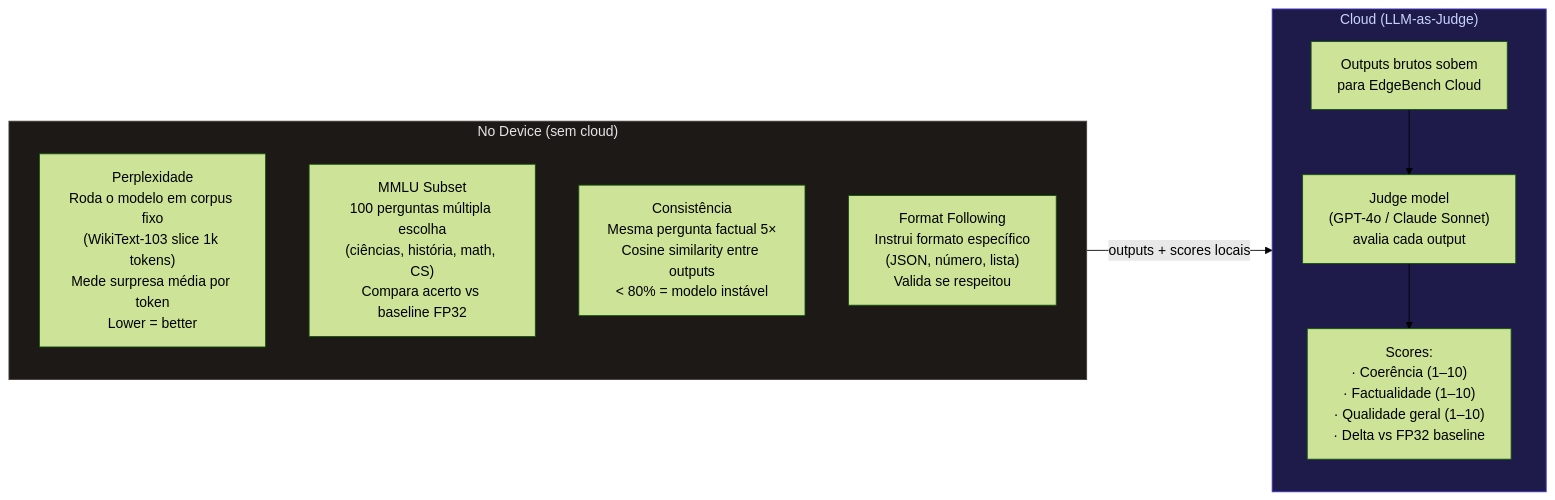
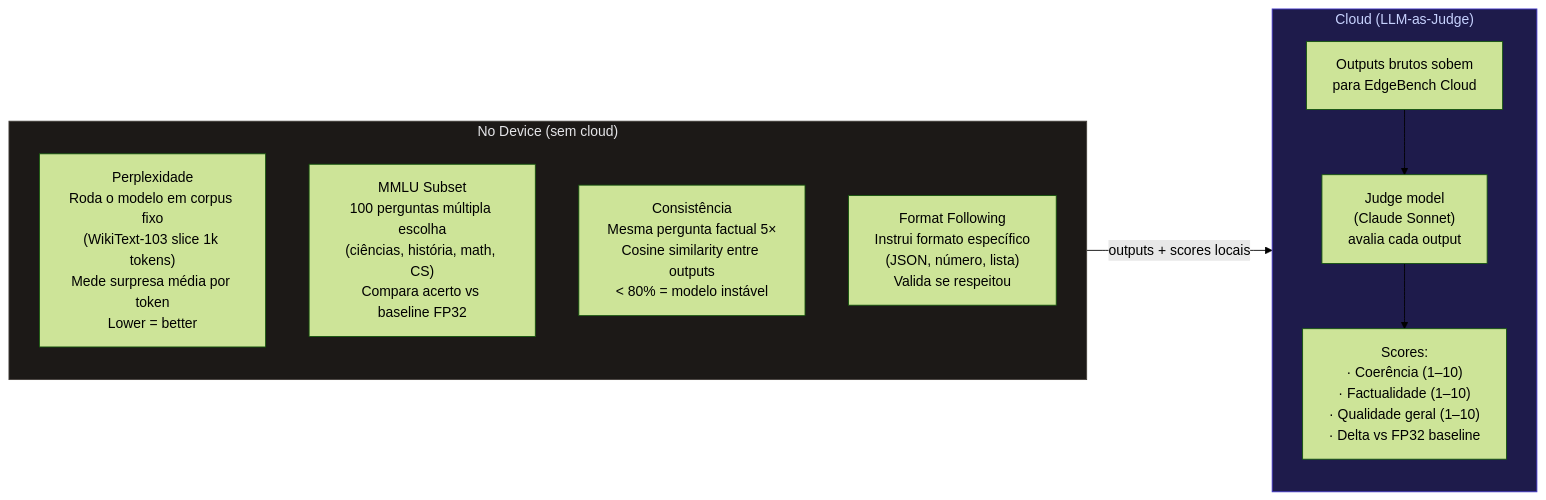
Before and after one commit to maktheus/Tcc-front-env-v3: the fourth of 7 diagrams in docs/architecture.md, drawn with Mermaid (forest theme). The commit also changed other lines of this file and 23 other files, not shown here.

````diff
--- a/docs/architecture.md
+++ b/docs/architecture.md
@@ -123,24 +123,24 @@
 ```mermaid
 graph LR
     subgraph LOCAL["No Device (sem cloud)"]
         direction TB
         Q1["Perplexidade\nRoda o modelo em corpus fixo\n(WikiText-103 slice 1k tokens)\nMede surpresa média por token\nLower = better"]
         Q2["MMLU Subset\n100 perguntas múltipla escolha\n(ciências, história, math, CS)\nCompara acerto vs baseline FP32"]
         Q3["Consistência\nMesma pergunta factual 5×\nCosine similarity entre outputs\n< 80% = modelo instável"]
         Q4["Format Following\nInstrui formato específico\n(JSON, número, lista)\nValida se respeitou"]
     end
 
     subgraph CLOUD_JUDGE["Cloud (LLM-as-Judge)"]
         direction TB
         J1["Outputs brutos sobem\npara EdgeBench Cloud"]
-        J2["Judge model\n(GPT-4o / Claude Sonnet)\navalia cada output"]
+        J2["Judge model\n(Claude Sonnet)\navalia cada output"]
         J3["Scores:\n· Coerência (1–10)\n· Factualidade (1–10)\n· Qualidade geral (1–10)\n· Delta vs FP32 baseline"]
 
         J1 --> J2 --> J3
     end
 
     LOCAL -->|"outputs + scores locais"| CLOUD_JUDGE
 
     style LOCAL fill:#1c1917,stroke:#44403c,color:#e4e4e7
     style CLOUD_JUDGE fill:#1e1b4b,stroke:#4338ca,color:#c7d2fe
 ```
````
